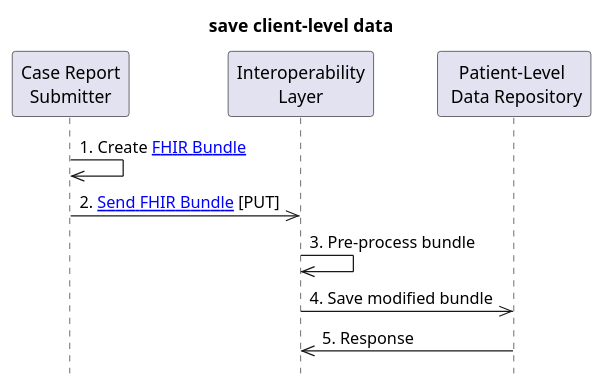
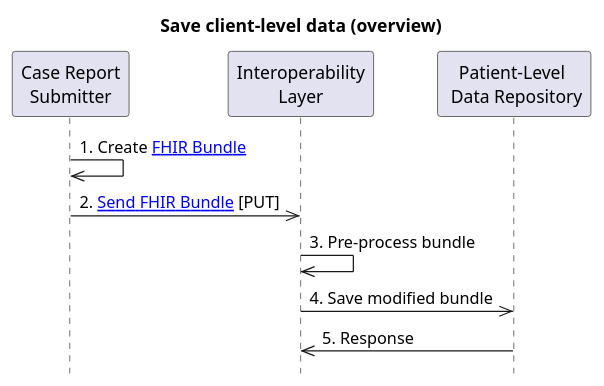
The first of 2 diagrams in docs/overview.md (costateixeira/cr-architecture), drawn with PlantUML before and after one commit. The commit also changed other lines of this file and 2 other files, not shown here.

```diff
--- a/docs/overview.md
+++ b/docs/overview.md
@@ -20,15 +22,13 @@
-{% plantuml %}
 @startuml
 hide footbox
-title save client-level data 
+title Save client-level data (overview)
     participant "Case Report\nSubmitter" as POC
     participant "Interoperability\nLayer" as IOL
     participant "Patient-Level \n Data Repository" as R
     
     POC->>POC: 1. Create [[./content-1.html{Content 1 specifications} FHIR Bundle]]
     POC->>IOL: 2. [[./transaction-1.html{Transaction 1 specifications} Send FHIR Bundle]] [PUT]
     IOL->>IOL: 3. Pre-process bundle
     IOL->>R: 4. Save modified bundle
     R->>IOL: 5. Response
 @enduml
-{% endplantuml %}
```
